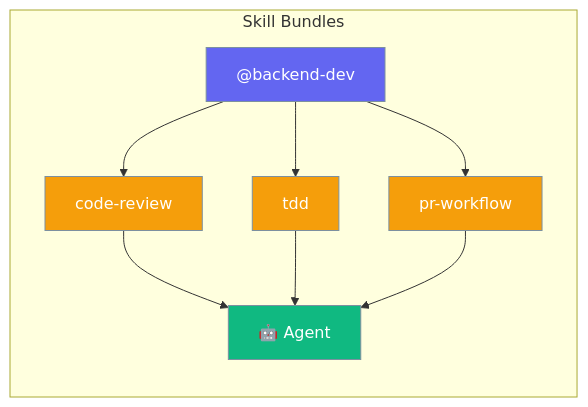
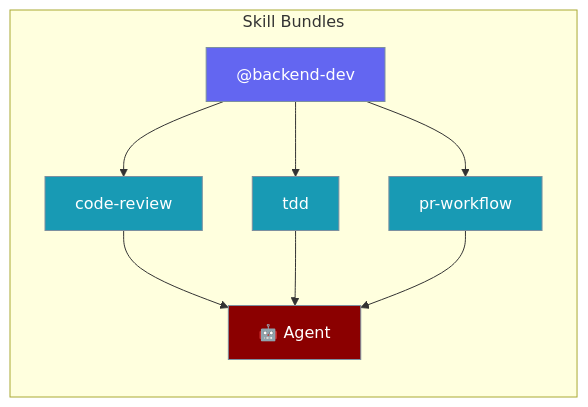
One commit to MervinPraison/PraisonAIDocs changed the first of 3 diagrams in docs/features/skill-bundles.mdx. Above: the diagram before and after it, drawn with Mermaid.

Commit message:
fix(docs): correct hero diagram color scheme in skill-bundles.mdx
Agent node now uses #8B0000 (dark red) per AGENTS.md §3.1 standard.
Skill nodes now use #189AB4 (teal) for tool/process nodes.

````diff
--- a/docs/features/skill-bundles.mdx
+++ b/docs/features/skill-bundles.mdx
@@ -10,19 +10,19 @@
 ```mermaid
 graph LR
     subgraph "Skill Bundles"
         B["@backend-dev"] --> CR["code-review"]
         B --> TDD["tdd"]
         B --> PR["pr-workflow"]
         CR --> A["🤖 Agent"]
         TDD --> A
         PR --> A
     end
 
     classDef bundle fill:#6366F1,stroke:#7C90A0,color:#fff
-    classDef skill fill:#F59E0B,stroke:#7C90A0,color:#fff
-    classDef agent fill:#10B981,stroke:#7C90A0,color:#fff
+    classDef skill fill:#189AB4,stroke:#7C90A0,color:#fff
+    classDef agent fill:#8B0000,stroke:#7C90A0,color:#fff
 
     class B bundle
     class CR,TDD,PR skill
     class A agent
 ```
````
